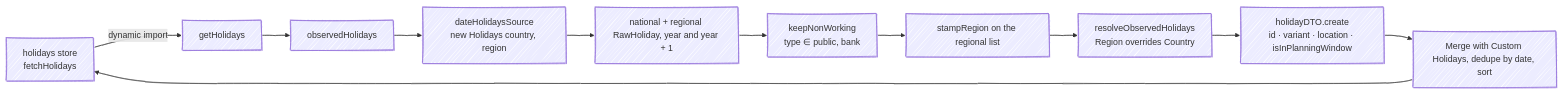
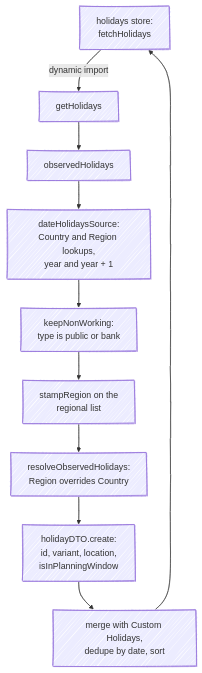
The first of 2 diagrams in apps/docs/src/content/docs/how-it-works/holidays-engine.mdx (fbuireu/forever-pto), drawn with Mermaid before and after one commit. The commit also changed other lines of this file and 16 other files, not shown here.

First line of the commit message:
docs(docs): fix how-it-works drift and rework the diagrams to read at column width

````diff
--- a/apps/docs/src/content/docs/how-it-works/holidays-engine.mdx
+++ b/apps/docs/src/content/docs/how-it-works/holidays-engine.mdx
@@ -12,18 +12,17 @@
 ```mermaid
 ---
 config:
   look: handDrawn
   layout: dagre
 ---
-flowchart LR
-  ST[holidays store<br/>fetchHolidays] -->|dynamic import| GH[getHolidays]
+flowchart TB
+  ST["holidays store:<br/>fetchHolidays"] -->|dynamic import| GH[getHolidays]
   GH --> OBS[observedHolidays]
-  OBS --> DH[dateHolidaysSource<br/>new Holidays country, region]
-  DH --> RAW[national + regional RawHoliday, year and year + 1]
-  RAW --> NW[keepNonWorking<br/>type ∈ public, bank]
-  NW --> STAMP[stampRegion on the regional list]
-  STAMP --> RES[resolveObservedHolidays<br/>Region overrides Country]
-  RES --> DTO[holidayDTO.create<br/>id · variant · location · isInPlanningWindow]
-  DTO --> MERGE[Merge with Custom Holidays, dedupe by date, sort]
+  OBS --> DH["dateHolidaysSource:<br/>Country and Region lookups,<br/>year and year + 1"]
+  DH --> NW["keepNonWorking:<br/>type is public or bank"]
+  NW --> STAMP["stampRegion on the<br/>regional list"]
+  STAMP --> RES["resolveObservedHolidays:<br/>Region overrides Country"]
+  RES --> DTO["holidayDTO.create:<br/>id, variant, location,<br/>isInPlanningWindow"]
+  DTO --> MERGE["merge with Custom Holidays,<br/>dedupe by date, sort"]
   MERGE --> ST
 ```
````
